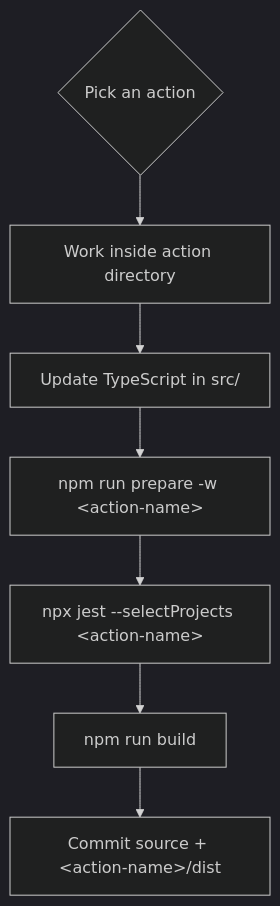
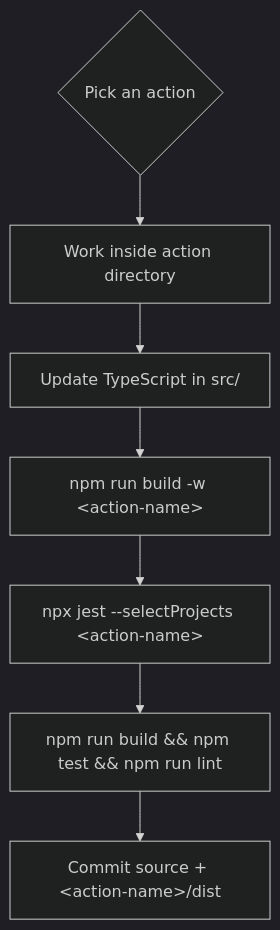
One commit to alandefreitas/cpp-actions changed the diagram in docs/modules/ROOT/pages/contribute.adoc. Above: the diagram before and after it, drawn with Mermaid (dark theme). The commit also changed other lines of this file and 57 other files, not shown here.

First line of the commit message:
build: simplify npm scripts and split build utility

```diff
--- a/docs/modules/ROOT/pages/contribute.adoc
+++ b/docs/modules/ROOT/pages/contribute.adoc
@@ -26,12 +27,12 @@
 [mermaid, width=100%]
 ....
 flowchart TD
   decide{Pick an action}
   scope[Work inside action directory]
   edit[Update TypeScript in src/]
-  localBuild["npm run prepare -w &lt;action-name&gt;"]
+  localBuild["npm run build -w &lt;action-name&gt;"]
   localTest["npx jest --selectProjects &lt;action-name&gt;"]
-  repoTest["npm run build"]
+  repoTest["npm run build && npm test && npm run lint"]
   commit["Commit source + &lt;action-name&gt;/dist"]
   decide --> scope --> edit --> localBuild --> localTest --> repoTest --> commit
 ....
```
